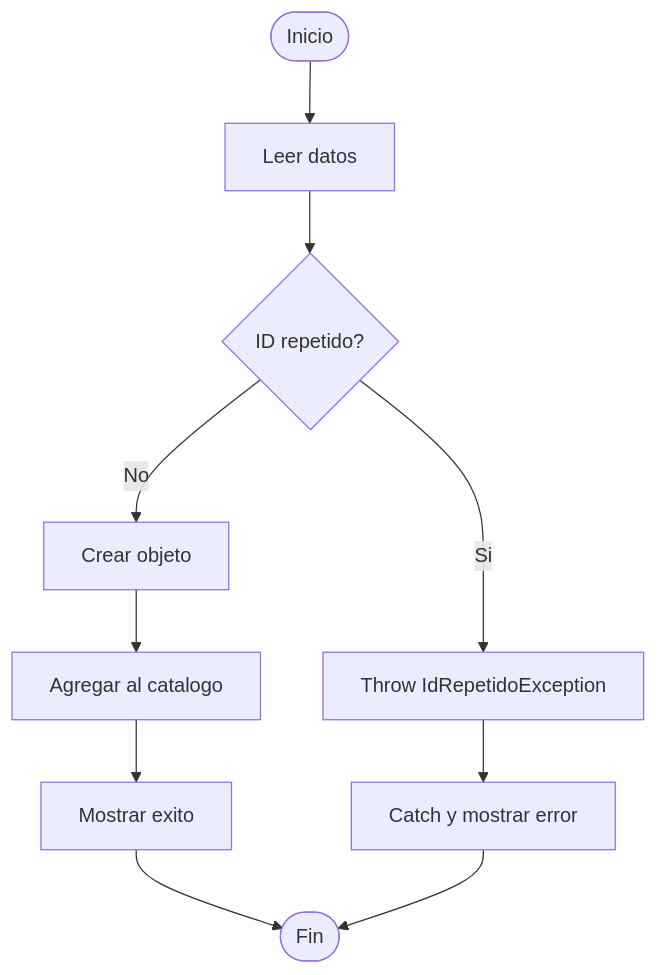
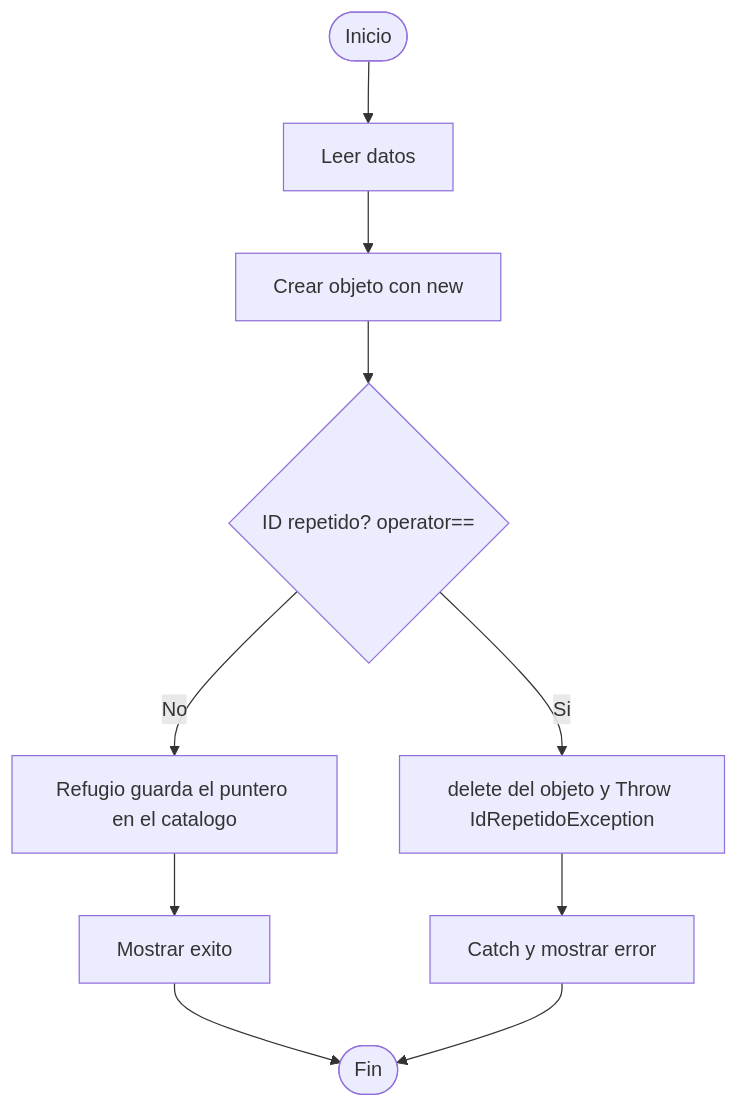
Before and after one commit to santiristorto/Proyecto-POO: the second of 15 diagrams in docs/diagramas.md, drawn with Mermaid. The commit also changed other lines of this file and 13 other files, not shown here.

````diff
--- a/docs/diagramas.md
+++ b/docs/diagramas.md
@@ -43,12 +45,12 @@
 ```mermaid
 flowchart TD
     A([Inicio]) --> B[Leer datos]
-    B --> C{ID repetido?}
-    C -->|Si| D[Throw IdRepetidoException]
-    C -->|No| E[Crear objeto]
-    E --> F[Agregar al catalogo]
+    B --> E[Crear objeto con new]
+    E --> C{ID repetido? operator==}
+    C -->|Si| D[delete del objeto y Throw IdRepetidoException]
+    C -->|No| F[Refugio guarda el puntero en el catalogo]
     F --> G[Mostrar exito]
     D --> H[Catch y mostrar error]
     G --> I([Fin])
     H --> I
 ```
````
